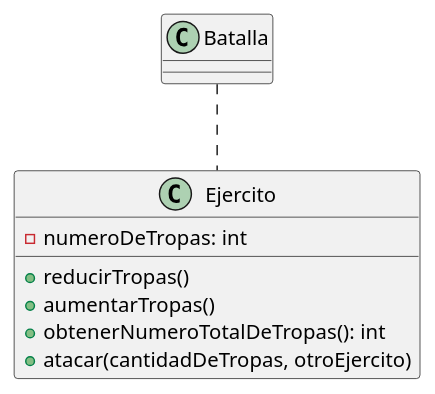
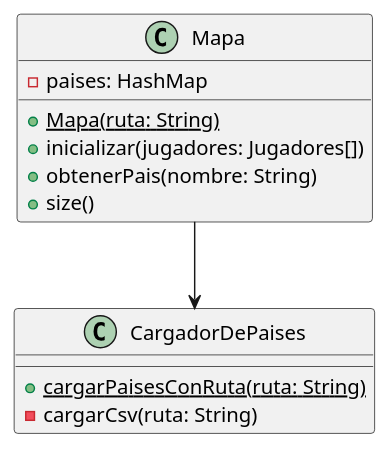
One commit to stissoni/algo3_tp2 changed the diagram in src/main/java/edu/fiuba/algo3/modelo/clases.pu. Above: the diagram before and after it, drawn with PlantUML. The commit also changed 10 other files, not shown here.

Commit message:
cargador de paises desde archivo. dados y tirada de dados. modificaciones en mapa

```diff
--- a/src/main/java/edu/fiuba/algo3/modelo/clases.pu
+++ b/src/main/java/edu/fiuba/algo3/modelo/clases.pu
@@ -1,14 +1,18 @@
 @startuml
 
-class Batalla
-class Ejercito {
-    -numeroDeTropas: int
-    +reducirTropas()
-    +aumentarTropas()
-    +obtenerNumeroTotalDeTropas(): int
-    +atacar(cantidadDeTropas, otroEjercito)
+class Mapa {
+    -paises: HashMap
+    {static}+Mapa(ruta: String)
+    +inicializar(jugadores: Jugadores[])
+    +obtenerPais(nombre: String)
+    +size()
 }
 
-Batalla .. Ejercito
+class CargadorDePaises {
+    {static}+cargarPaisesConRuta(ruta: String)
+    -cargarCsv(ruta: String)
+}
+
+Mapa --> CargadorDePaises
 
 @enduml
```
